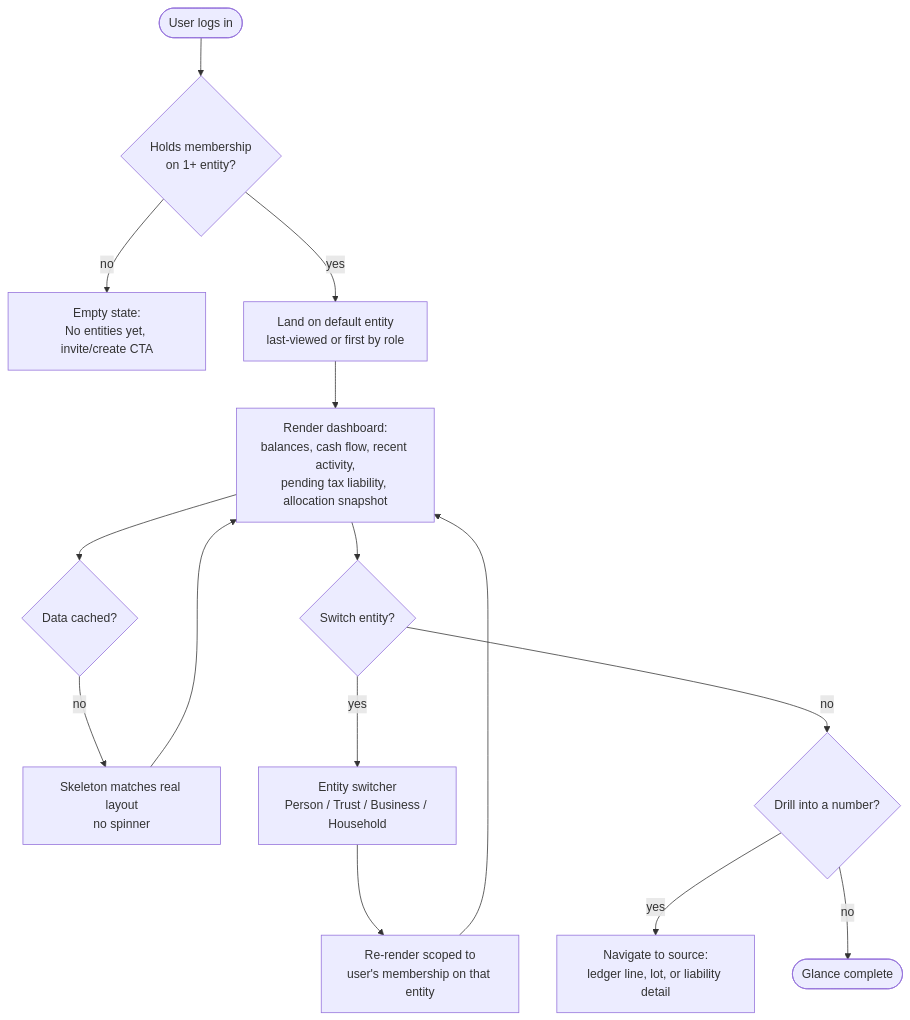
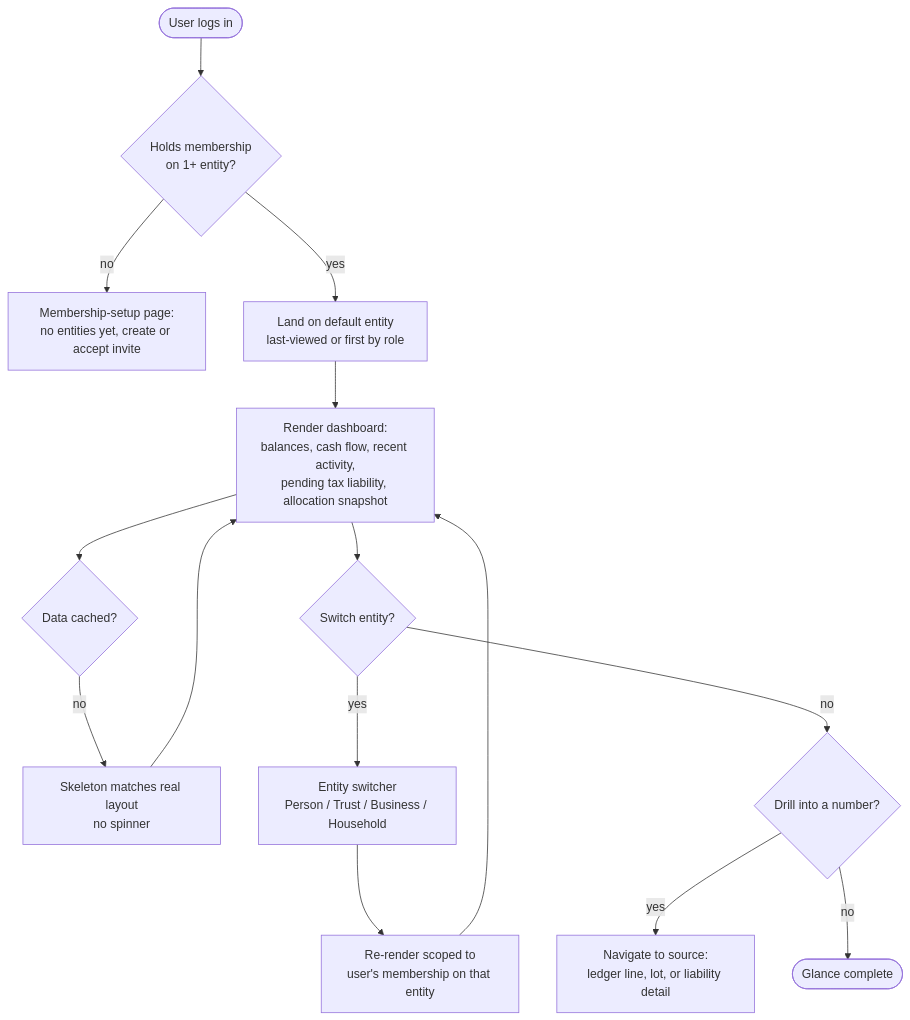
Before and after one commit to richmosko/polycarpic: the diagram in docs/DESIGN/flows/dashboard-glance-flow.md, drawn with Mermaid. The commit also changed other lines of this file and 12 other files, not shown here.

First line of the commit message:
docs(DESIGN): Principal review pass 4 -- true-orange warning, brighter chart ramp, tokens.html, correct-entry reframe, tax flow redraw

````diff
--- a/docs/DESIGN/flows/dashboard-glance-flow.md
+++ b/docs/DESIGN/flows/dashboard-glance-flow.md
@@ -5,17 +5,17 @@
 ```mermaid
 flowchart TD
   start([User logs in]) --> membership{Holds membership\non 1+ entity?}
-  membership -- no --> empty[Empty state:\nNo entities yet, invite/create CTA]
+  membership -- no --> empty[Membership-setup page:\nno entities yet, create or accept invite]
   membership -- yes --> default[Land on default entity\nlast-viewed or first by role]
   default --> render[Render dashboard:\nbalances, cash flow, recent activity,\npending tax liability, allocation snapshot]
   render --> loading{Data cached?}
   loading -- no --> skeleton[Skeleton matches real layout\nno spinner]
   skeleton --> render
   render --> switch{Switch entity?}
   switch -- yes --> picker[Entity switcher\nPerson / Trust / Business / Household]
   picker --> filtered[Re-render scoped to\nuser's membership on that entity]
   filtered --> render
   switch -- no --> drill{Drill into a number?}
   drill -- yes --> source[Navigate to source:\nledger line, lot, or liability detail]
   drill -- no --> idle([Glance complete])
 ```
````
